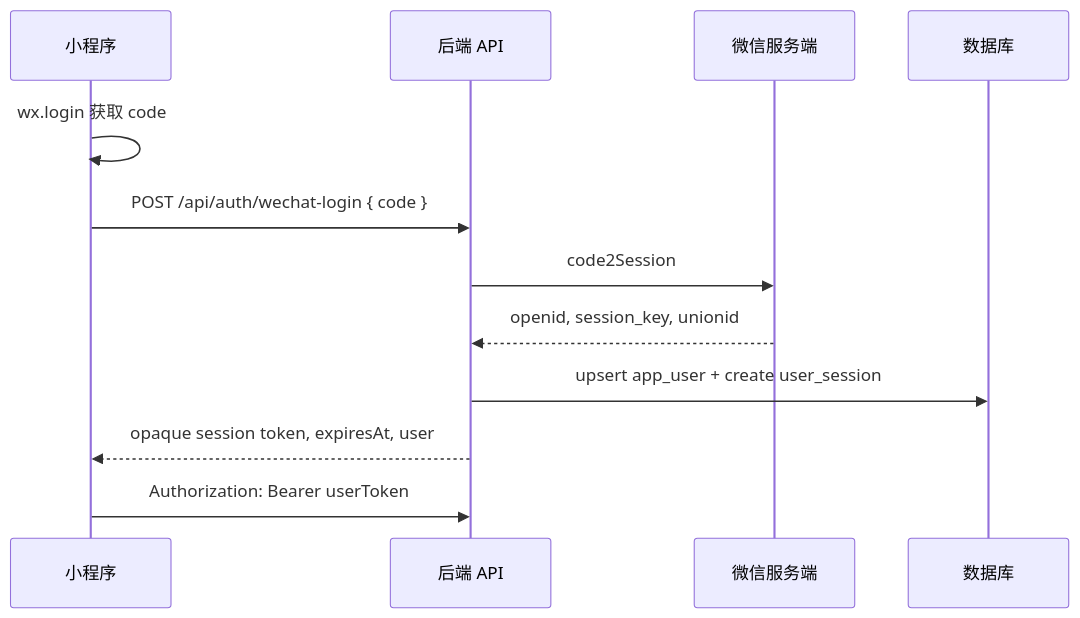
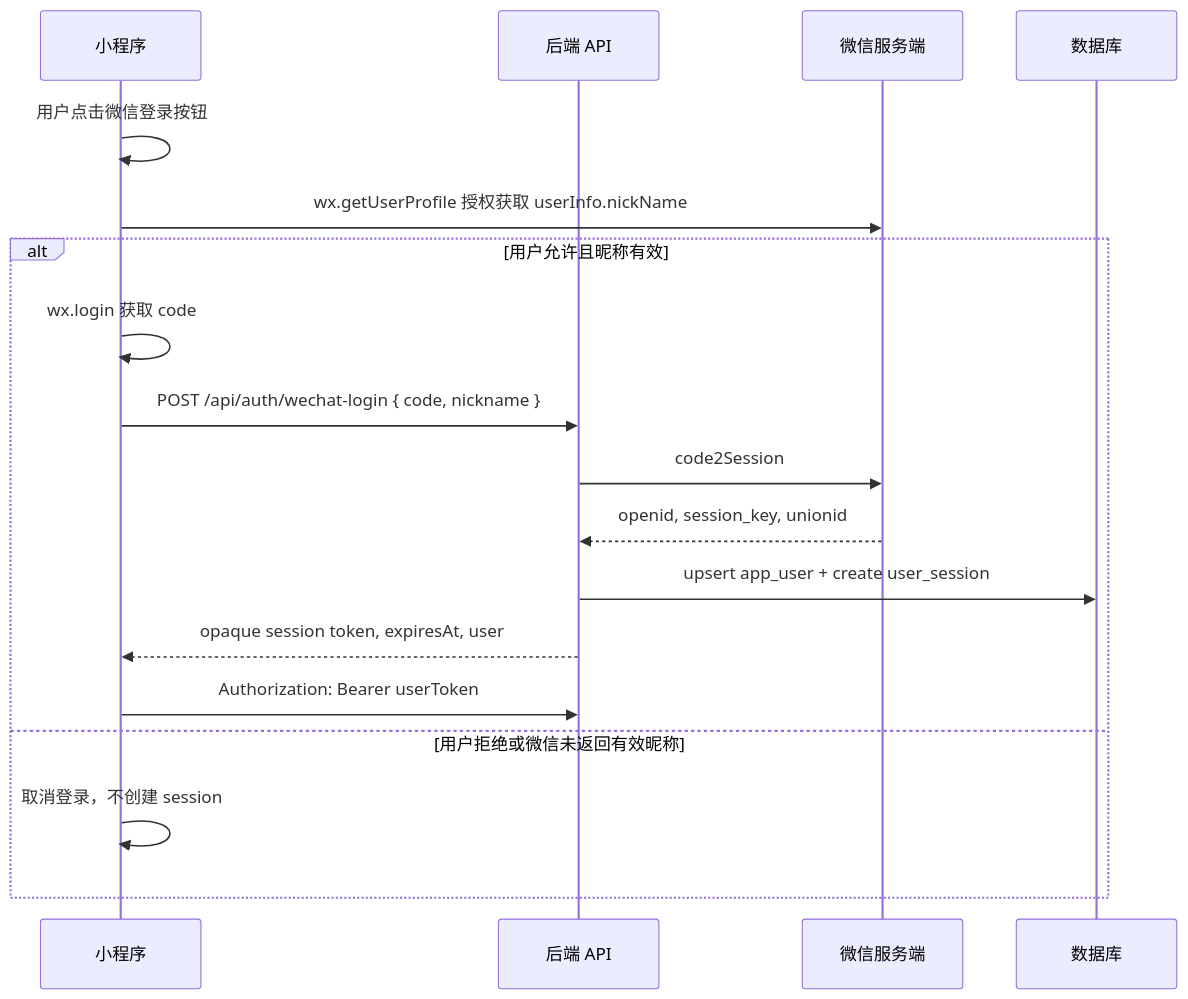
The second of 3 diagrams in docs/TECHNICAL_DESIGN.md (HuangLA/mrjz-app), drawn with Mermaid before and after one commit. The commit also changed other lines of this file and 8 other files, not shown here.

Commit message:
Require WeChat nickname authorization for login

````diff
--- a/docs/TECHNICAL_DESIGN.md
+++ b/docs/TECHNICAL_DESIGN.md
@@ -180,15 +180,21 @@
 ```mermaid
 sequenceDiagram
   participant MP as 小程序
   participant API as 后端 API
   participant WX as 微信服务端
   participant DB as 数据库
 
-  MP->>MP: wx.login 获取 code
-  MP->>API: POST /api/auth/wechat-login { code }
-  API->>WX: code2Session
-  WX-->>API: openid, session_key, unionid
-  API->>DB: upsert app_user + create user_session
-  API-->>MP: opaque session token, expiresAt, user
-  MP->>API: Authorization: Bearer userToken
+  MP->>MP: 用户点击微信登录按钮
+  MP->>WX: wx.getUserProfile 授权获取 userInfo.nickName
+  alt 用户允许且昵称有效
+    MP->>MP: wx.login 获取 code
+    MP->>API: POST /api/auth/wechat-login { code, nickname }
+    API->>WX: code2Session
+    WX-->>API: openid, session_key, unionid
+    API->>DB: upsert app_user + create user_session
+    API-->>MP: opaque session token, expiresAt, user
+    MP->>API: Authorization: Bearer userToken
+  else 用户拒绝或微信未返回有效昵称
+    MP->>MP: 取消登录，不创建 session
+  end
 ```
````
